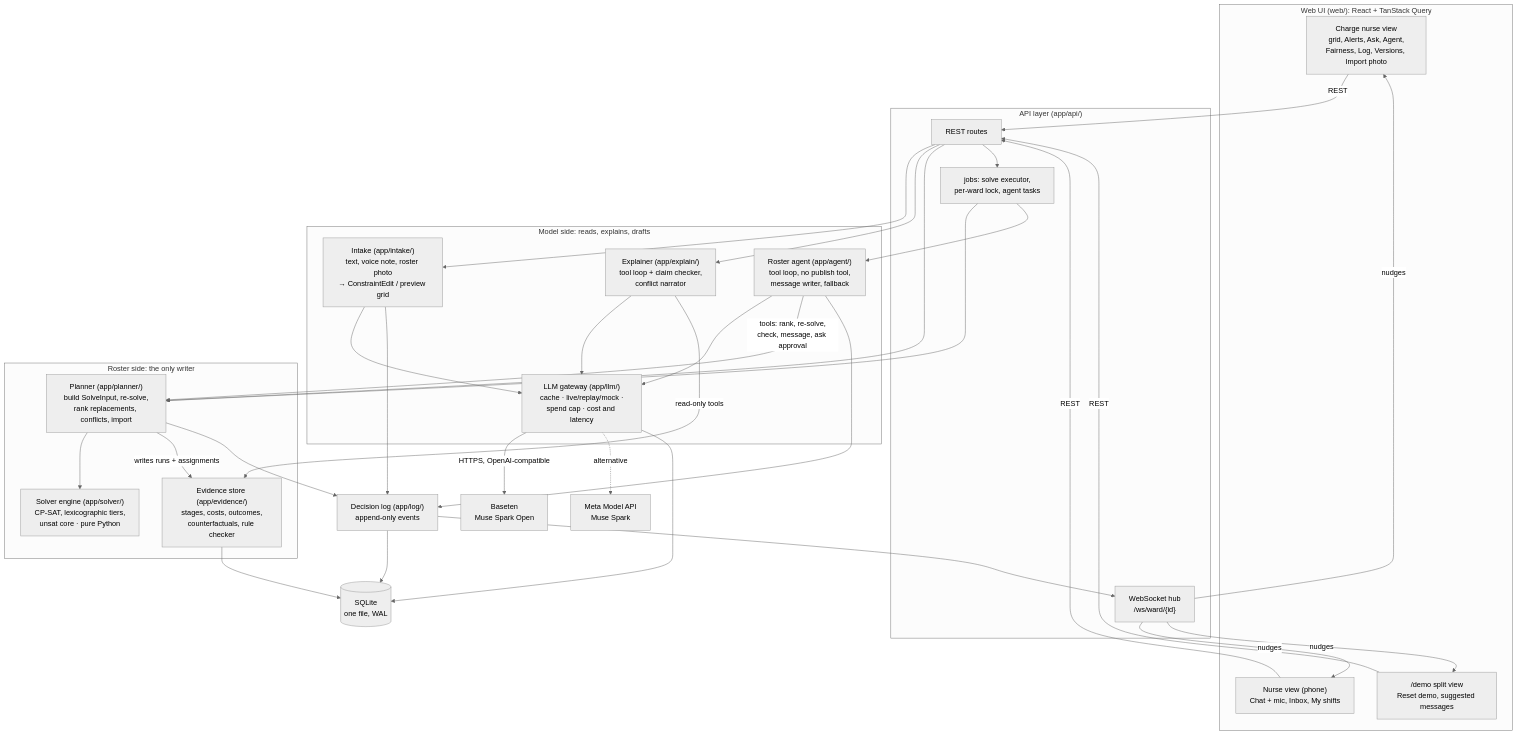
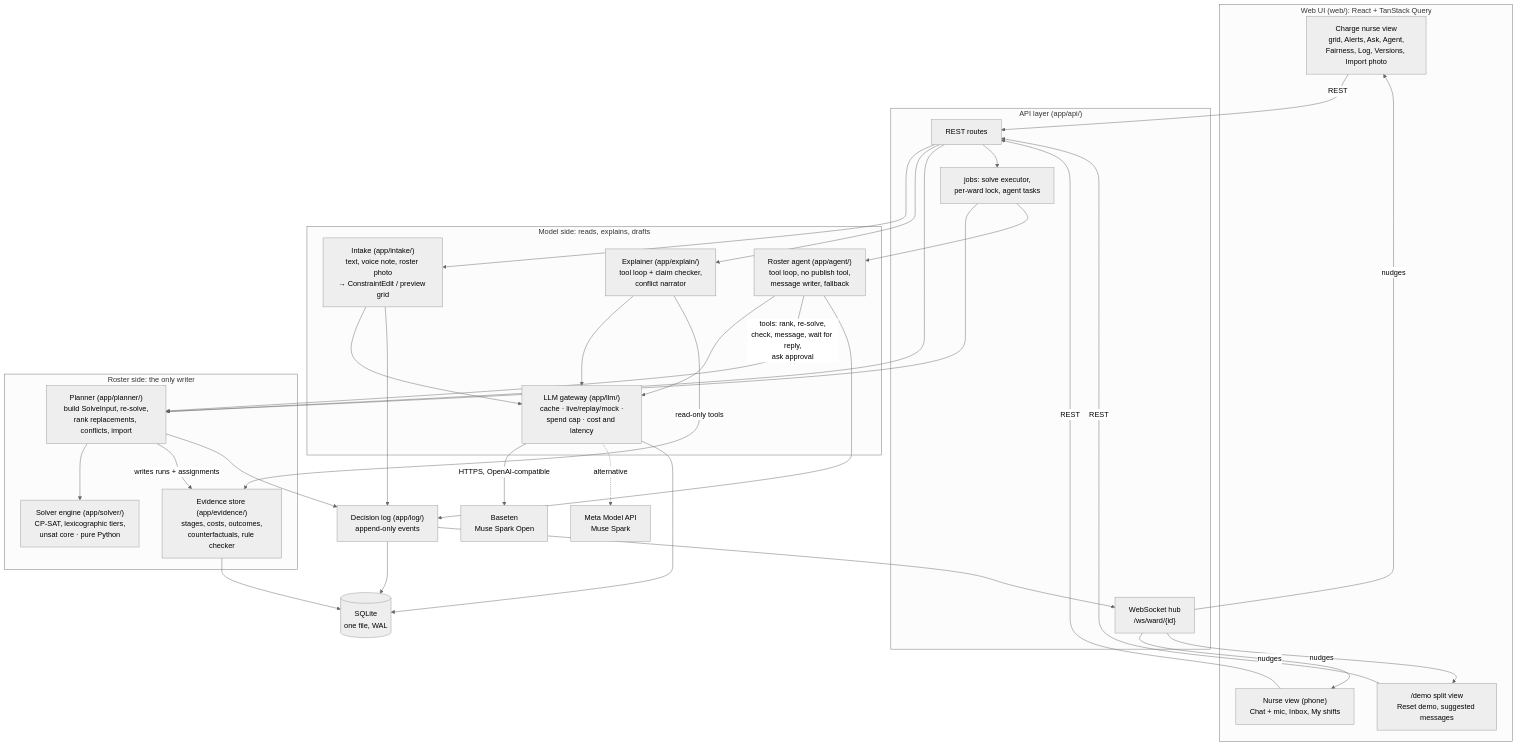
The diagram in docs/architecture.md (adityaPrakashSai/shiftSense), drawn with Mermaid (neutral theme) before and after one commit. The commit also changed other lines of this file and 11 other files, not shown here.

````diff
--- a/docs/architecture.md
+++ b/docs/architecture.md
@@ -19,50 +19,50 @@
 ```mermaid
 flowchart TB
     subgraph UI["Web UI (web/): React + TanStack Query"]
         CHARGE["Charge nurse view<br/>grid, Alerts, Ask, Agent,<br/>Fairness, Log, Versions, Import photo"]
         NURSE["Nurse view (phone)<br/>Chat + mic, Inbox, My shifts"]
         DEMO["/demo split view<br/>Reset demo, suggested messages"]
     end
 
     subgraph API["API layer (app/api/)"]
         REST["REST routes"]
         WS["WebSocket hub<br/>/ws/ward/{id}"]
         JOBS["jobs: solve executor,<br/>per-ward lock, agent tasks"]
     end
 
     subgraph LLMSIDE["Model side: reads, explains, drafts"]
         INTAKE["Intake (app/intake/)<br/>text, voice note, roster photo<br/>→ ConstraintEdit / preview grid"]
         EXPLAIN["Explainer (app/explain/)<br/>tool loop + claim checker,<br/>conflict narrator"]
         AGENT["Roster agent (app/agent/)<br/>tool loop, no publish tool,<br/>message writer, fallback"]
         GW["LLM gateway (app/llm/)<br/>cache · live/replay/mock ·<br/>spend cap · cost and latency"]
     end
 
     subgraph SOLVESIDE["Roster side: the only writer"]
         PLAN["Planner (app/planner/)<br/>build SolveInput, re-solve,<br/>rank replacements, conflicts, import"]
         SOLVER["Solver engine (app/solver/)<br/>CP-SAT, lexicographic tiers,<br/>unsat core · pure Python"]
         EVID["Evidence store (app/evidence/)<br/>stages, costs, outcomes,<br/>counterfactuals, rule checker"]
     end
 
     LOG["Decision log (app/log/)<br/>append-only events"]
     DB[("SQLite<br/>one file, WAL")]
     BASETEN["Baseten<br/>Muse Spark Open"]
     META["Meta Model API<br/>Muse Spark"]
 
     CHARGE & NURSE & DEMO -->|REST| REST
     WS -->|nudges| CHARGE & NURSE & DEMO
     REST --> INTAKE & EXPLAIN & PLAN
     REST --> JOBS
     JOBS --> PLAN & AGENT
     INTAKE & EXPLAIN & AGENT --> GW
     GW -->|HTTPS, OpenAI-compatible| BASETEN
     GW -.->|alternative| META
     EXPLAIN -->|read-only tools| EVID
-    AGENT -->|tools: rank, re-solve,<br/>check, message, ask approval| PLAN
+    AGENT -->|tools: rank, re-solve,<br/>check, message, wait for reply,<br/>ask approval| PLAN
     PLAN --> SOLVER
     PLAN -->|writes runs + assignments| EVID
     EVID --> DB
     PLAN & AGENT & INTAKE --> LOG
     LOG --> DB
     LOG --> WS
     GW --> DB
 ```
````
